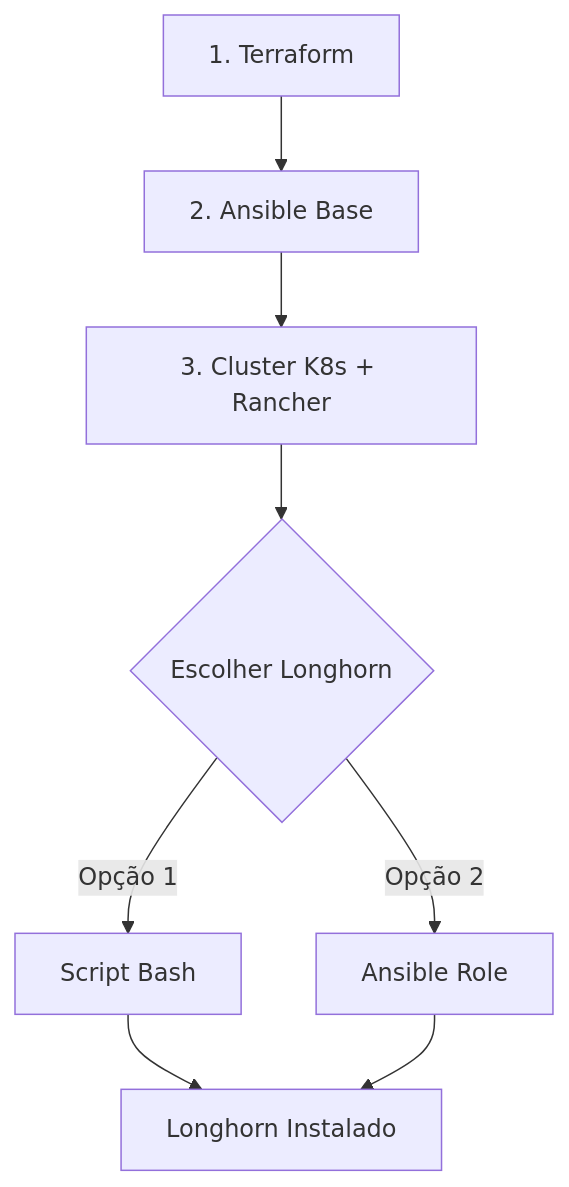
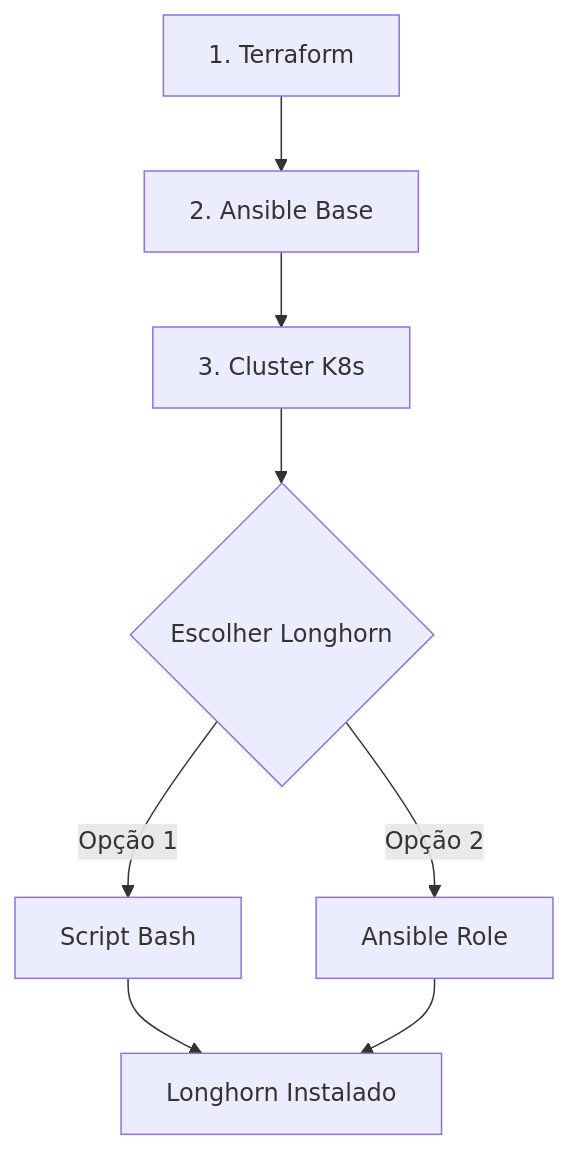
Before and after one commit to wagnerpf/Proxmox-VE-_cluster-Kubernetes_Rancher: the diagram in LONGHORN-INSTALL-OPTIONS.md, drawn with Mermaid. The commit also changed 17 other files, not shown here.

````diff
--- a/LONGHORN-INSTALL-OPTIONS.md
+++ b/LONGHORN-INSTALL-OPTIONS.md
@@ -38,10 +38,10 @@
 ```mermaid
 graph TD
     A[1. Terraform] --> B[2. Ansible Base]
-    B --> C[3. Cluster K8s + Rancher]
+    B --> C[3. Cluster K8s]
     C --> D{Escolher Longhorn}
     D -->|Opção 1| E[Script Bash]
     D -->|Opção 2| F[Ansible Role]
     E --> G[Longhorn Instalado]
     F --> G
 ```
````
